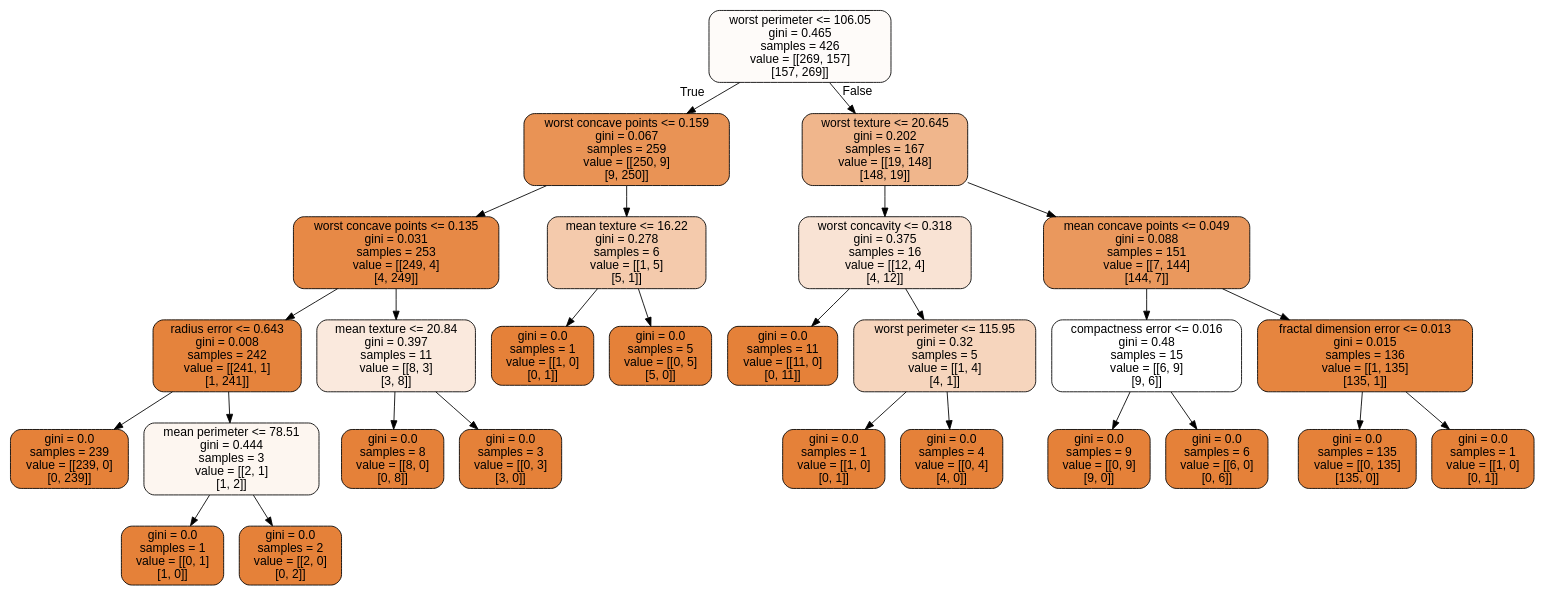
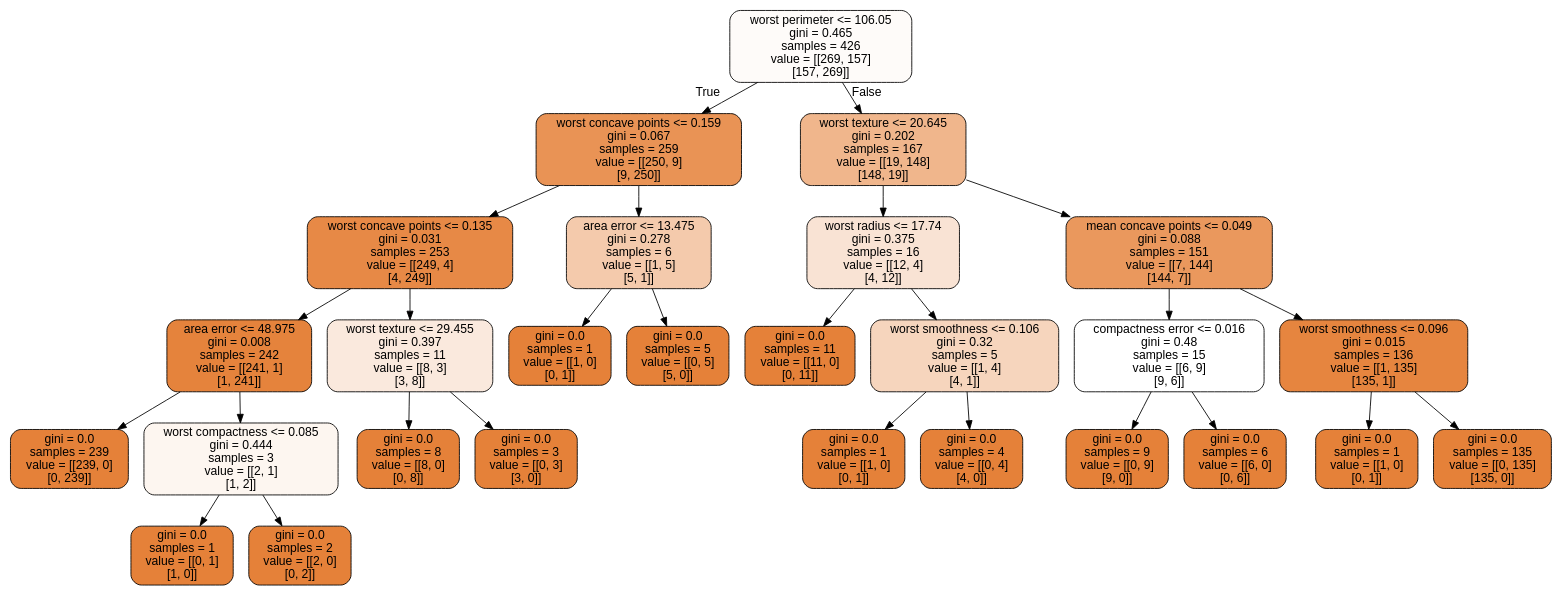
Before and after one commit to CompPhysics/MachineLearning: the diagram in doc/LectureNotes/DataFiles/cancer.dot, drawn with Graphviz. The commit also changed 97 other files, not shown here.

```diff
--- a/doc/LectureNotes/DataFiles/cancer.dot
+++ b/doc/LectureNotes/DataFiles/cancer.dot
@@ -1,57 +1,57 @@
 digraph Tree {
 node [shape=box, style="filled, rounded", color="black", fontname="helvetica"] ;
 edge [fontname="helvetica"] ;
 0 [label="worst perimeter <= 106.05\ngini = 0.465\nsamples = 426\nvalue = [[269, 157]\n[157, 269]]", fillcolor="#fefbf9"] ;
 1 [label="worst concave points <= 0.159\ngini = 0.067\nsamples = 259\nvalue = [[250, 9]\n[9, 250]]", fillcolor="#e99355"] ;
 0 -> 1 [labeldistance=2.5, labelangle=45, headlabel="True"] ;
 2 [label="worst concave points <= 0.135\ngini = 0.031\nsamples = 253\nvalue = [[249, 4]\n[4, 249]]", fillcolor="#e78946"] ;
 1 -> 2 ;
-3 [label="radius error <= 0.643\ngini = 0.008\nsamples = 242\nvalue = [[241, 1]\n[1, 241]]", fillcolor="#e5833c"] ;
+3 [label="area error <= 48.975\ngini = 0.008\nsamples = 242\nvalue = [[241, 1]\n[1, 241]]", fillcolor="#e5833c"] ;
 2 -> 3 ;
 4 [label="gini = 0.0\nsamples = 239\nvalue = [[239, 0]\n[0, 239]]", fillcolor="#e58139"] ;
 3 -> 4 ;
-5 [label="mean perimeter <= 78.51\ngini = 0.444\nsamples = 3\nvalue = [[2, 1]\n[1, 2]]", fillcolor="#fdf6f0"] ;
+5 [label="worst compactness <= 0.085\ngini = 0.444\nsamples = 3\nvalue = [[2, 1]\n[1, 2]]", fillcolor="#fdf6f0"] ;
 3 -> 5 ;
 6 [label="gini = 0.0\nsamples = 1\nvalue = [[0, 1]\n[1, 0]]", fillcolor="#e58139"] ;
 5 -> 6 ;
 7 [label="gini = 0.0\nsamples = 2\nvalue = [[2, 0]\n[0, 2]]", fillcolor="#e58139"] ;
 5 -> 7 ;
-8 [label="mean texture <= 20.84\ngini = 0.397\nsamples = 11\nvalue = [[8, 3]\n[3, 8]]", fillcolor="#fae9dd"] ;
+8 [label="worst texture <= 29.455\ngini = 0.397\nsamples = 11\nvalue = [[8, 3]\n[3, 8]]", fillcolor="#fae9dd"] ;
 2 -> 8 ;
 9 [label="gini = 0.0\nsamples = 8\nvalue = [[8, 0]\n[0, 8]]", fillcolor="#e58139"] ;
 8 -> 9 ;
 10 [label="gini = 0.0\nsamples = 3\nvalue = [[0, 3]\n[3, 0]]", fillcolor="#e58139"] ;
 8 -> 10 ;
-11 [label="mean texture <= 16.22\ngini = 0.278\nsamples = 6\nvalue = [[1, 5]\n[5, 1]]", fillcolor="#f4caac"] ;
+11 [label="area error <= 13.475\ngini = 0.278\nsamples = 6\nvalue = [[1, 5]\n[5, 1]]", fillcolor="#f4caac"] ;
 1 -> 11 ;
 12 [label="gini = 0.0\nsamples = 1\nvalue = [[1, 0]\n[0, 1]]", fillcolor="#e58139"] ;
 11 -> 12 ;
 13 [label="gini = 0.0\nsamples = 5\nvalue = [[0, 5]\n[5, 0]]", fillcolor="#e58139"] ;
 11 -> 13 ;
 14 [label="worst texture <= 20.645\ngini = 0.202\nsamples = 167\nvalue = [[19, 148]\n[148, 19]]", fillcolor="#f0b68c"] ;
 0 -> 14 [labeldistance=2.5, labelangle=-45, headlabel="False"] ;
-15 [label="worst concavity <= 0.318\ngini = 0.375\nsamples = 16\nvalue = [[12, 4]\n[4, 12]]", fillcolor="#f9e3d4"] ;
+15 [label="worst radius <= 17.74\ngini = 0.375\nsamples = 16\nvalue = [[12, 4]\n[4, 12]]", fillcolor="#f9e3d4"] ;
 14 -> 15 ;
 16 [label="gini = 0.0\nsamples = 11\nvalue = [[11, 0]\n[0, 11]]", fillcolor="#e58139"] ;
 15 -> 16 ;
-17 [label="worst perimeter <= 115.95\ngini = 0.32\nsamples = 5\nvalue = [[1, 4]\n[4, 1]]", fillcolor="#f6d5bd"] ;
+17 [label="worst smoothness <= 0.106\ngini = 0.32\nsamples = 5\nvalue = [[1, 4]\n[4, 1]]", fillcolor="#f6d5bd"] ;
 15 -> 17 ;
 18 [label="gini = 0.0\nsamples = 1\nvalue = [[1, 0]\n[0, 1]]", fillcolor="#e58139"] ;
 17 -> 18 ;
 19 [label="gini = 0.0\nsamples = 4\nvalue = [[0, 4]\n[4, 0]]", fillcolor="#e58139"] ;
 17 -> 19 ;
 20 [label="mean concave points <= 0.049\ngini = 0.088\nsamples = 151\nvalue = [[7, 144]\n[144, 7]]", fillcolor="#ea985d"] ;
 14 -> 20 ;
 21 [label="compactness error <= 0.016\ngini = 0.48\nsamples = 15\nvalue = [[6, 9]\n[9, 6]]", fillcolor="#ffffff"] ;
 20 -> 21 ;
 22 [label="gini = 0.0\nsamples = 9\nvalue = [[0, 9]\n[9, 0]]", fillcolor="#e58139"] ;
 21 -> 22 ;
 23 [label="gini = 0.0\nsamples = 6\nvalue = [[6, 0]\n[0, 6]]", fillcolor="#e58139"] ;
 21 -> 23 ;
-24 [label="fractal dimension error <= 0.013\ngini = 0.015\nsamples = 136\nvalue = [[1, 135]\n[135, 1]]", fillcolor="#e6853f"] ;
+24 [label="worst smoothness <= 0.096\ngini = 0.015\nsamples = 136\nvalue = [[1, 135]\n[135, 1]]", fillcolor="#e6853f"] ;
 20 -> 24 ;
-25 [label="gini = 0.0\nsamples = 135\nvalue = [[0, 135]\n[135, 0]]", fillcolor="#e58139"] ;
+25 [label="gini = 0.0\nsamples = 1\nvalue = [[1, 0]\n[0, 1]]", fillcolor="#e58139"] ;
 24 -> 25 ;
-26 [label="gini = 0.0\nsamples = 1\nvalue = [[1, 0]\n[0, 1]]", fillcolor="#e58139"] ;
+26 [label="gini = 0.0\nsamples = 135\nvalue = [[0, 135]\n[135, 0]]", fillcolor="#e58139"] ;
 24 -> 26 ;
 }
```
